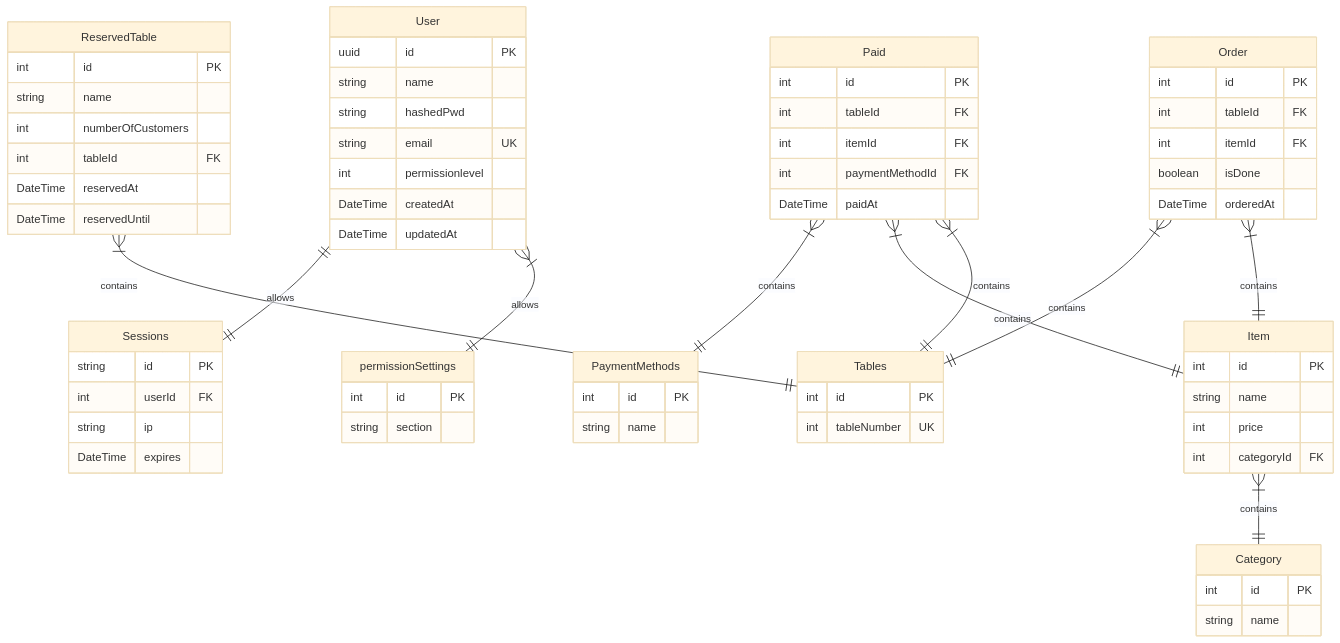
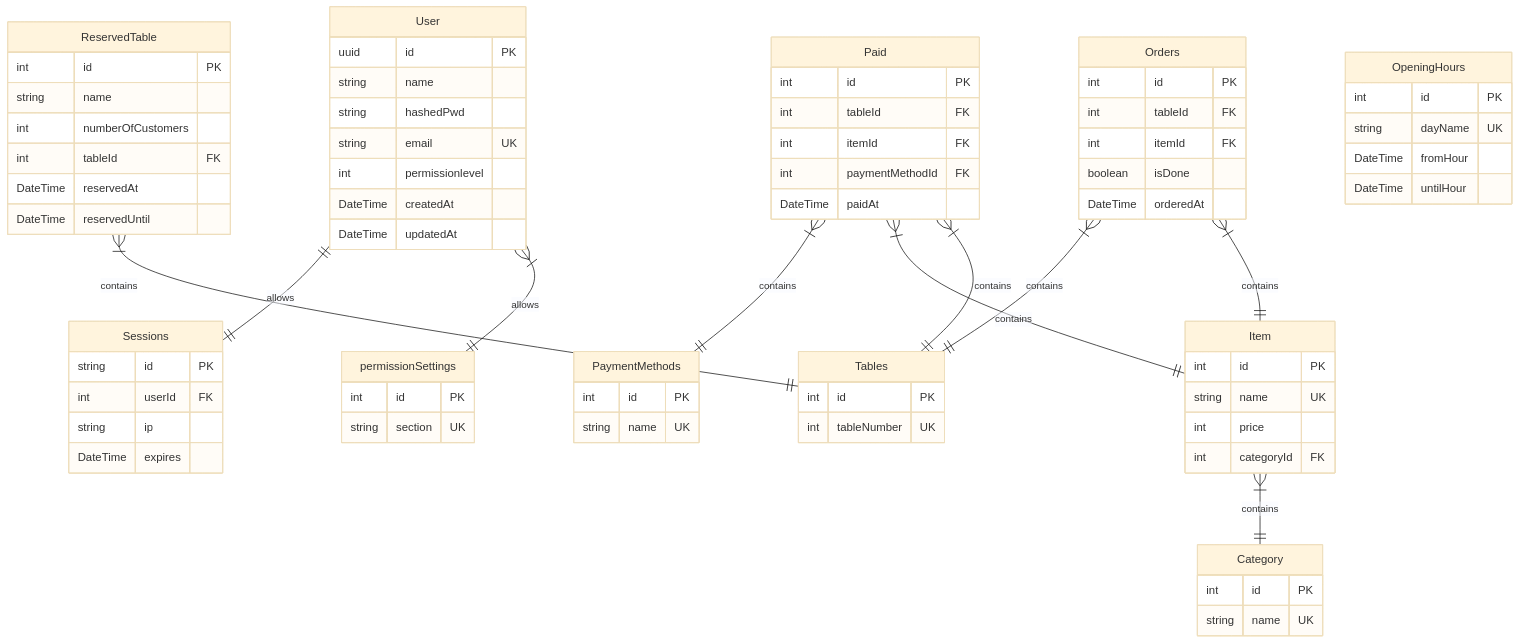
One commit to IWillSettYou/PlateMate changed the diagram in db/database.mermaid. Above: the diagram before and after it, drawn with Mermaid (base theme).

```diff
--- a/db/database.mermaid
+++ b/db/database.mermaid
@@ -1,80 +1,87 @@
 erDiagram
 
 User{
     uuid id PK
     string name
     string hashedPwd
     string email UK
     int permissionlevel
     DateTime createdAt
     DateTime updatedAt
 }
 
 permissionSettings{
     int id PK
-    string section
+    string section UK
 }
 
 Tables{
     int id PK
     int tableNumber UK
 }
 
 PaymentMethods{
     int id PK
-    string name 
+    string name UK
 }
 
 Category{
     int id PK
-    string name
+    string name UK
 }
 
 Item{
     int id PK
-    string name
+    string name UK
     int price
     int categoryId FK
 }
 
 Paid{
     int id PK
     int tableId FK 
     int itemId FK
     int paymentMethodId FK
     DateTime paidAt
 }
 
-Order{
+Orders{
     int id PK
     int tableId FK
     int itemId FK
     boolean isDone
     DateTime orderedAt
 }
 
 ReservedTable{
     int id PK
     string name
     int numberOfCustomers
     int tableId FK
     DateTime reservedAt 
     DateTime reservedUntil 
 }
 
+OpeningHours{
+    int id PK
+    string dayName UK
+    DateTime fromHour
+    DateTime untilHour
+}
+
 Sessions{
     string id PK
     int userId FK
     string ip
     DateTime expires
 }
 
-Order}|--||Item:contains
-Order}|--||Tables:contains
+Orders}|--||Item:contains
+Orders}|--||Tables:contains
 Paid}|--||Tables:contains
 Paid}|--||Item:contains
 Item}|--||Category:contains
 ReservedTable}|--||Tables:contains
 Paid}|--||PaymentMethods:contains
 User}|--||permissionSettings:allows
 User||--||Sessions:allows
```
